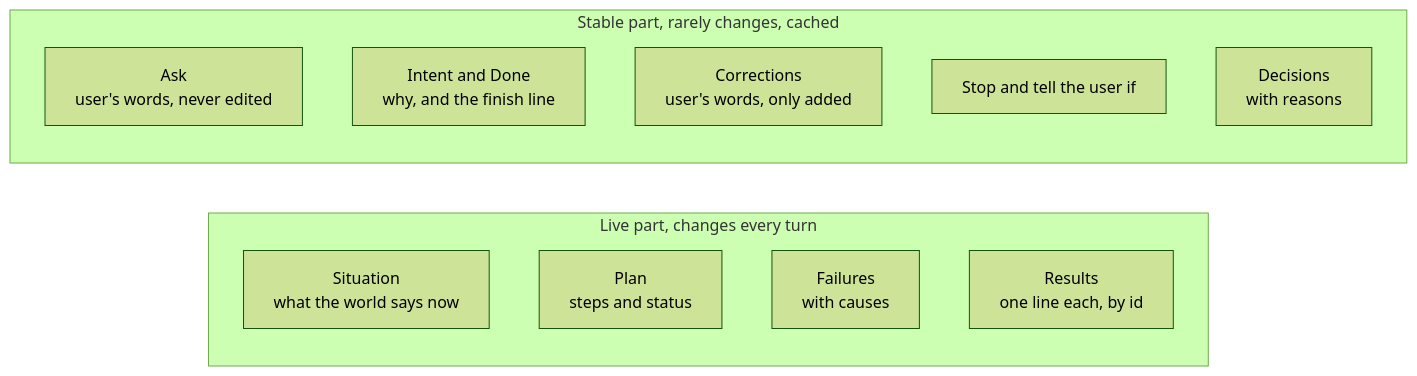
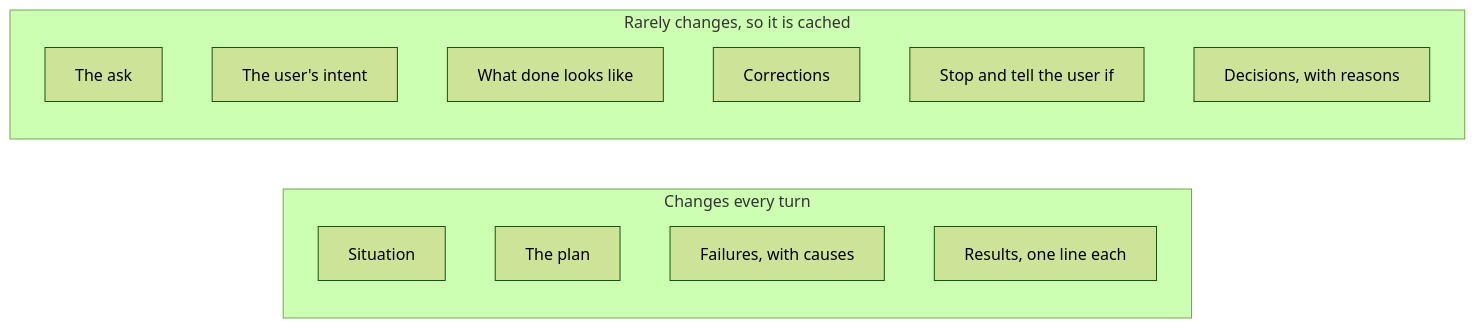
Before and after one commit to JaredTate/nerdgenie: the third of 8 diagrams in COEUS.md, drawn with Mermaid (forest theme). The commit also changed other lines of this file and 1 other file, not shown here.

````diff
--- a/COEUS.md
+++ b/COEUS.md
@@ -89,18 +125,19 @@
 ```mermaid
 flowchart LR
-  subgraph Live["Live part, changes every turn"]
+  subgraph Live["Changes every turn"]
     direction TB
-    S["Situation<br/>what the world says now"]
-    P["Plan<br/>steps and status"]
-    F["Failures<br/>with causes"]
-    R["Results<br/>one line each, by id"]
+    S["Situation"]
+    P["The plan"]
+    F["Failures, with causes"]
+    R["Results, one line each"]
   end
-  subgraph Stable["Stable part, rarely changes, cached"]
+  subgraph Stable["Rarely changes, so it is cached"]
     direction TB
-    A["Ask<br/>user's words, never edited"]
-    I["Intent and Done<br/>why, and the finish line"]
-    C["Corrections<br/>user's words, only added"]
+    A["The ask"]
+    I["The user's intent"]
+    D["What done looks like"]
+    C["Corrections"]
     X["Stop and tell the user if"]
-    D["Decisions<br/>with reasons"]
+    E["Decisions, with reasons"]
   end
 ```
````
